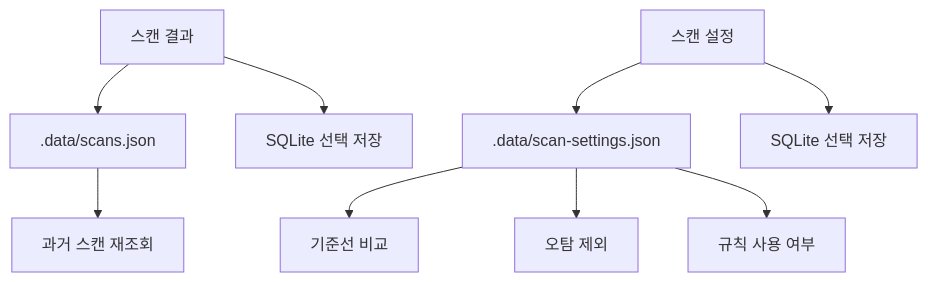
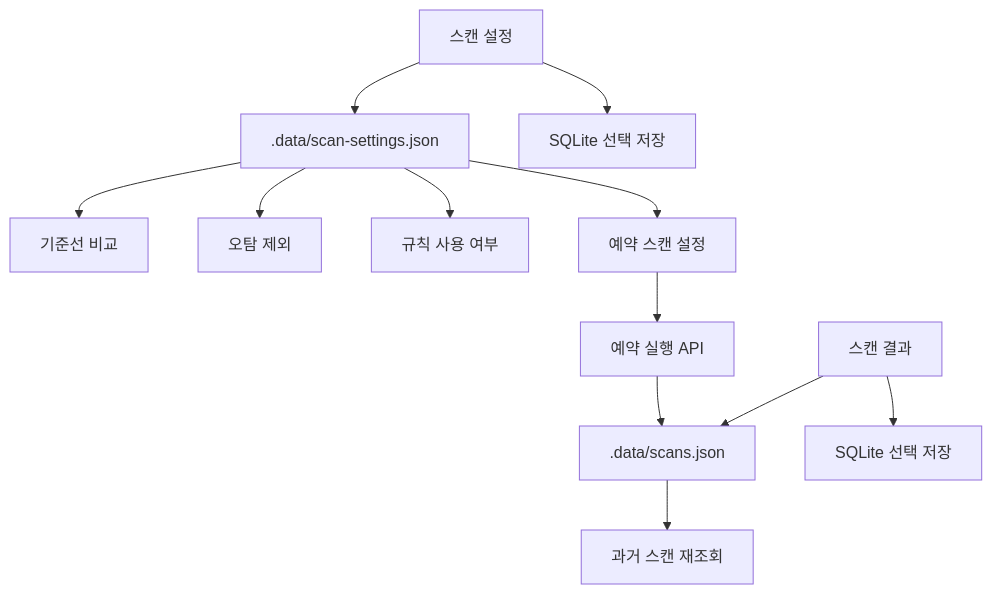
Before and after one commit to rockenwind/mac_vibecoding: the third of 3 diagrams in README.md, drawn with Mermaid. The commit also changed other lines of this file and 4 other files, not shown here.

````diff
--- a/README.md
+++ b/README.md
@@ -100,11 +104,14 @@
 ```mermaid
 flowchart TD
   Scan["스캔 결과"] --> HistoryJson[".data/scans.json"]
   Scan --> HistorySqlite["SQLite 선택 저장"]
   Settings["스캔 설정"] --> SettingsJson[".data/scan-settings.json"]
   Settings --> SettingsSqlite["SQLite 선택 저장"]
   HistoryJson --> Replay["과거 스캔 재조회"]
   SettingsJson --> BaselineCompare["기준선 비교"]
   SettingsJson --> Suppression["오탐 제외"]
   SettingsJson --> RuleToggle["규칙 사용 여부"]
+  SettingsJson --> Schedules["예약 스캔 설정"]
+  Schedules --> ScheduledRun["예약 실행 API"]
+  ScheduledRun --> HistoryJson
 ```
````
